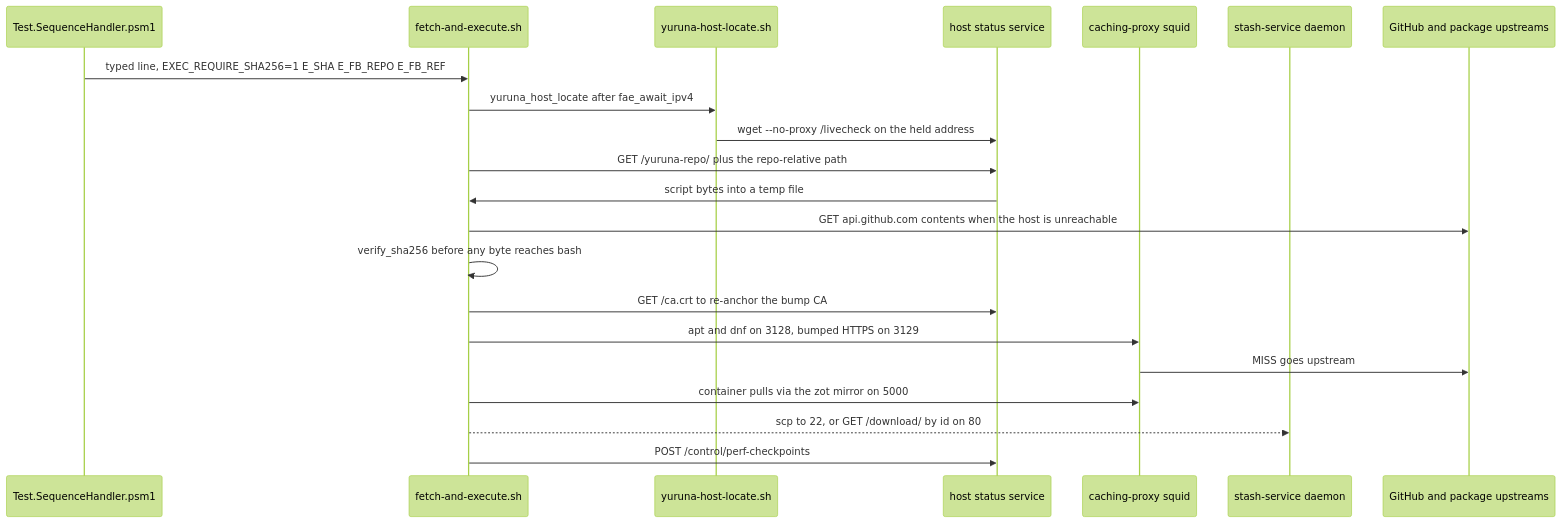
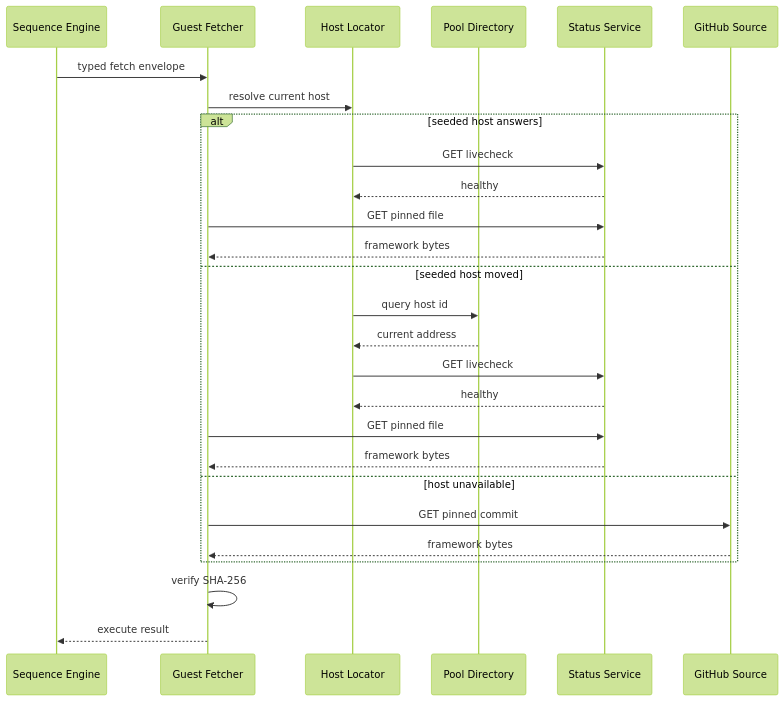
Before and after one commit to alissonsol/yuruna: the third of 8 diagrams in docs/design/03-data-flows.md, drawn with Mermaid (forest theme). The commit also changed other lines of this file and 657 other files, not shown here.

````diff
--- a/docs/design/03-data-flows.md
+++ b/docs/design/03-data-flows.md
@@ -274,24 +120,31 @@
 ```mermaid
 sequenceDiagram
-    participant handler as Test.SequenceHandler.psm1
-    participant fae as fetch-and-execute.sh
-    participant locate as yuruna-host-locate.sh
-    participant statussvc as host status service
-    participant squid as caching-proxy squid
-    participant stash as stash-service daemon
-    participant origin as GitHub and package upstreams
-    handler->>fae: typed line, EXEC_REQUIRE_SHA256=1 E_SHA E_FB_REPO E_FB_REF
-    fae->>locate: yuruna_host_locate after fae_await_ipv4
-    locate->>statussvc: wget --no-proxy /livecheck on the held address
-    fae->>statussvc: GET /yuruna-repo/ plus the repo-relative path
-    statussvc->>fae: script bytes into a temp file
-    fae->>origin: GET api.github.com contents when the host is unreachable
-    fae->>fae: verify_sha256 before any byte reaches bash
-    fae->>statussvc: GET /ca.crt to re-anchor the bump CA
-    fae->>squid: apt and dnf on 3128, bumped HTTPS on 3129
-    squid->>origin: MISS goes upstream
-    fae->>squid: container pulls via the zot mirror on 5000
-    %% optional
-    fae-->>stash: scp to 22, or GET /download/ by id on 80
-    fae->>statussvc: POST /control/perf-checkpoints
+  participant sequence-engine as Sequence Engine
+  participant guest-fetcher as Guest Fetcher
+  participant host-locator as Host Locator
+  participant pool-directory as Pool Directory
+  participant status-service as Status Service
+  participant github-source as GitHub Source
+
+  sequence-engine->>guest-fetcher: typed fetch envelope
+  guest-fetcher->>host-locator: resolve current host
+  alt seeded host answers
+    host-locator->>status-service: GET livecheck
+    status-service-->>host-locator: healthy
+    guest-fetcher->>status-service: GET pinned file
+    status-service-->>guest-fetcher: framework bytes
+  else seeded host moved
+    %% optional -- pool lookup requires a seeded directory
+    host-locator->>pool-directory: query host id
+    pool-directory-->>host-locator: current address
+    host-locator->>status-service: GET livecheck
+    status-service-->>host-locator: healthy
+    guest-fetcher->>status-service: GET pinned file
+    status-service-->>guest-fetcher: framework bytes
+  else host unavailable
+    guest-fetcher->>github-source: GET pinned commit
+    github-source-->>guest-fetcher: framework bytes
+  end
+  guest-fetcher->>guest-fetcher: verify SHA-256
+  guest-fetcher-->>sequence-engine: execute result
 ```
````
